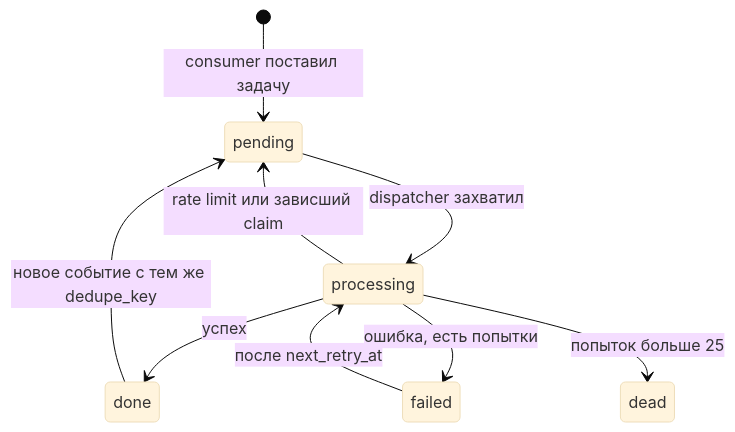
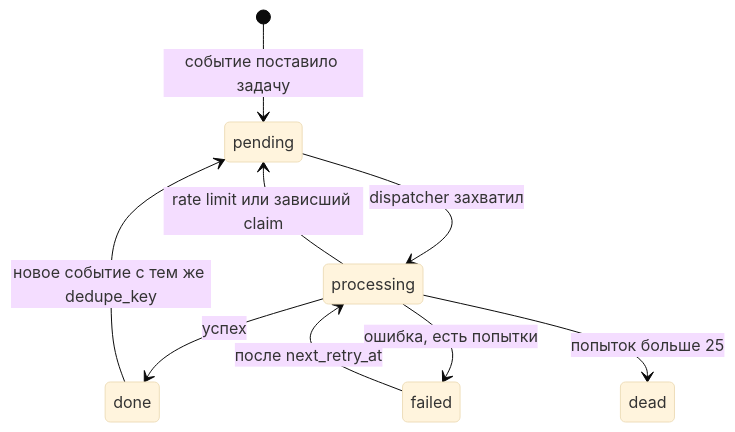
One commit to Nikita-Silent/teyca-sync changed the tenth of 11 diagrams in docs/current-runtime-flow.md. Above: the diagram before and after it, drawn with Mermaid (base theme). The commit also changed other lines of this file and 11 other files, not shown here.

````diff
--- a/docs/current-runtime-flow.md
+++ b/docs/current-runtime-flow.md
@@ -324,11 +369,11 @@
 ```mermaid
 stateDiagram-v2
-    [*] --> pending: consumer поставил задачу
+    [*] --> pending: событие поставило задачу
     pending --> processing: dispatcher захватил
     processing --> done: успех
     processing --> failed: ошибка, есть попытки
     failed --> processing: после next_retry_at
     processing --> dead: попыток больше 25
     processing --> pending: rate limit или зависший claim
     done --> pending: новое событие с тем же dedupe_key
 ```
````
